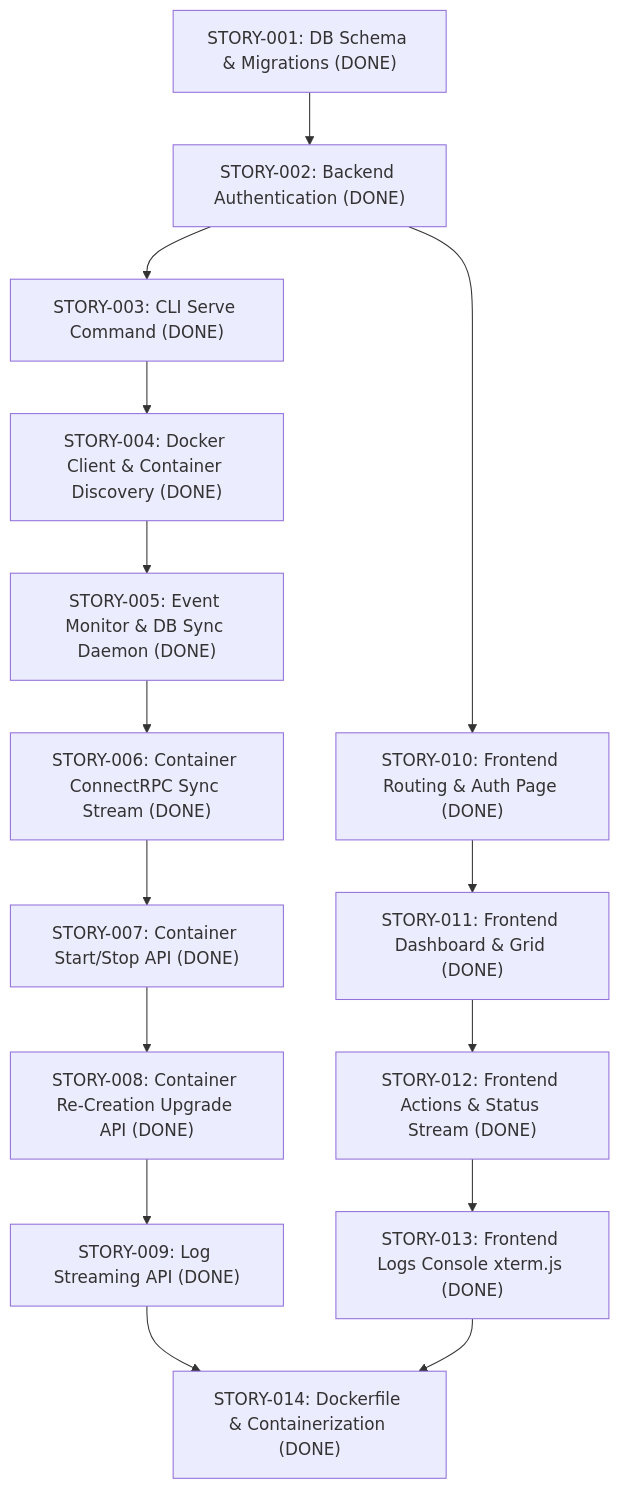
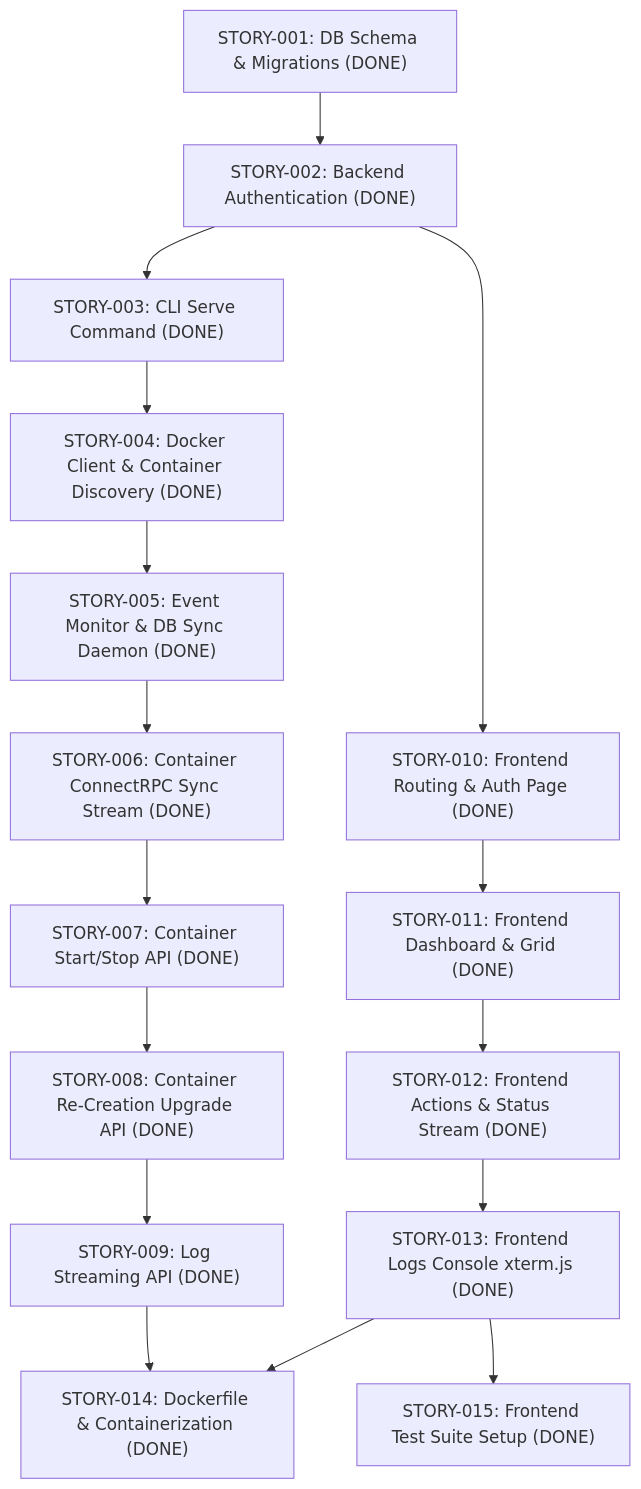
Before and after one commit to noosxe/dmanager: the diagram in docs/stories.md, drawn with Mermaid. The commit also changed other lines of this file and 6 other files, not shown here.

````diff
--- a/docs/stories.md
+++ b/docs/stories.md
@@ -5,17 +5,18 @@
 ```mermaid
 graph TD
     S1["STORY-001: DB Schema & Migrations (DONE)"] --> S2["STORY-002: Backend Authentication (DONE)"]
     S2 --> S3["STORY-003: CLI Serve Command (DONE)"]
     S3 --> S4["STORY-004: Docker Client & Container Discovery (DONE)"]
     S4 --> S5["STORY-005: Event Monitor & DB Sync Daemon (DONE)"]
     S5 --> S6["STORY-006: Container ConnectRPC Sync Stream (DONE)"]
     S6 --> S7["STORY-007: Container Start/Stop API (DONE)"]
     S7 --> S8["STORY-008: Container Re-Creation Upgrade API (DONE)"]
     S8 --> S9["STORY-009: Log Streaming API (DONE)"]
     S2 --> F1["STORY-010: Frontend Routing & Auth Page (DONE)"]
     F1 --> F2["STORY-011: Frontend Dashboard & Grid (DONE)"]
     F2 --> F3["STORY-012: Frontend Actions & Status Stream (DONE)"]
     F3 --> F4["STORY-013: Frontend Logs Console xterm.js (DONE)"]
     S9 --> S14["STORY-014: Dockerfile & Containerization (DONE)"]
     F4 --> S14
+    F4 --> F5["STORY-015: Frontend Test Suite Setup (DONE)"]
 ```
````
